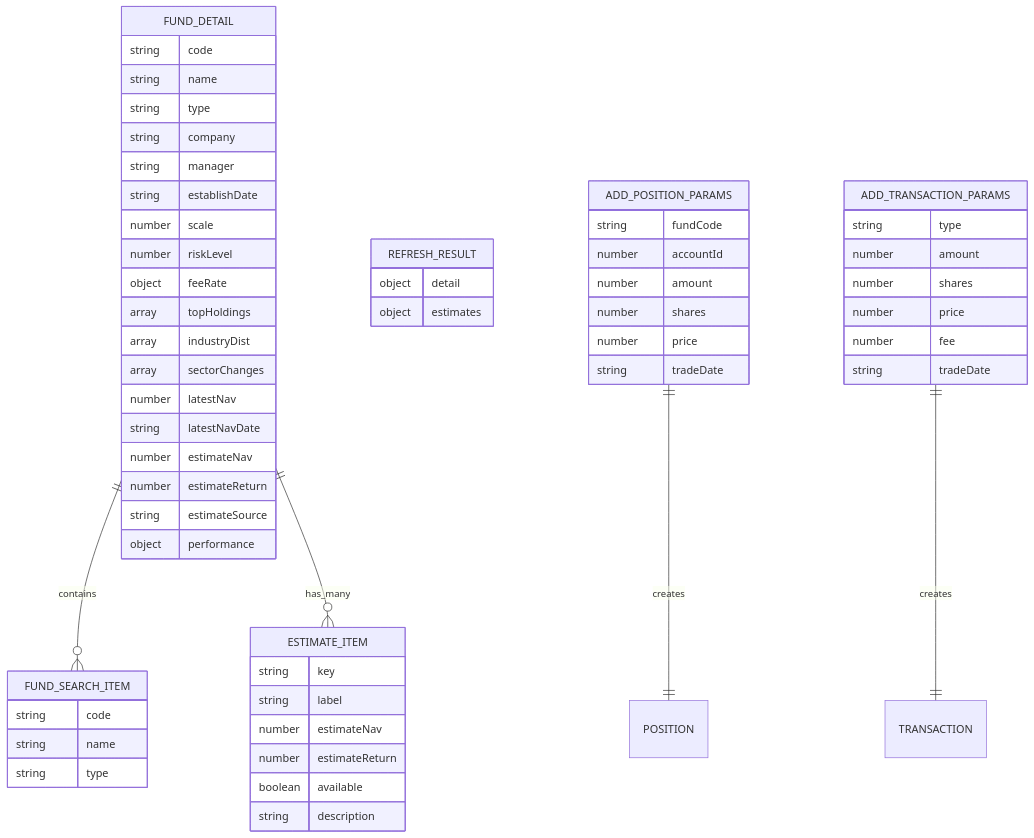
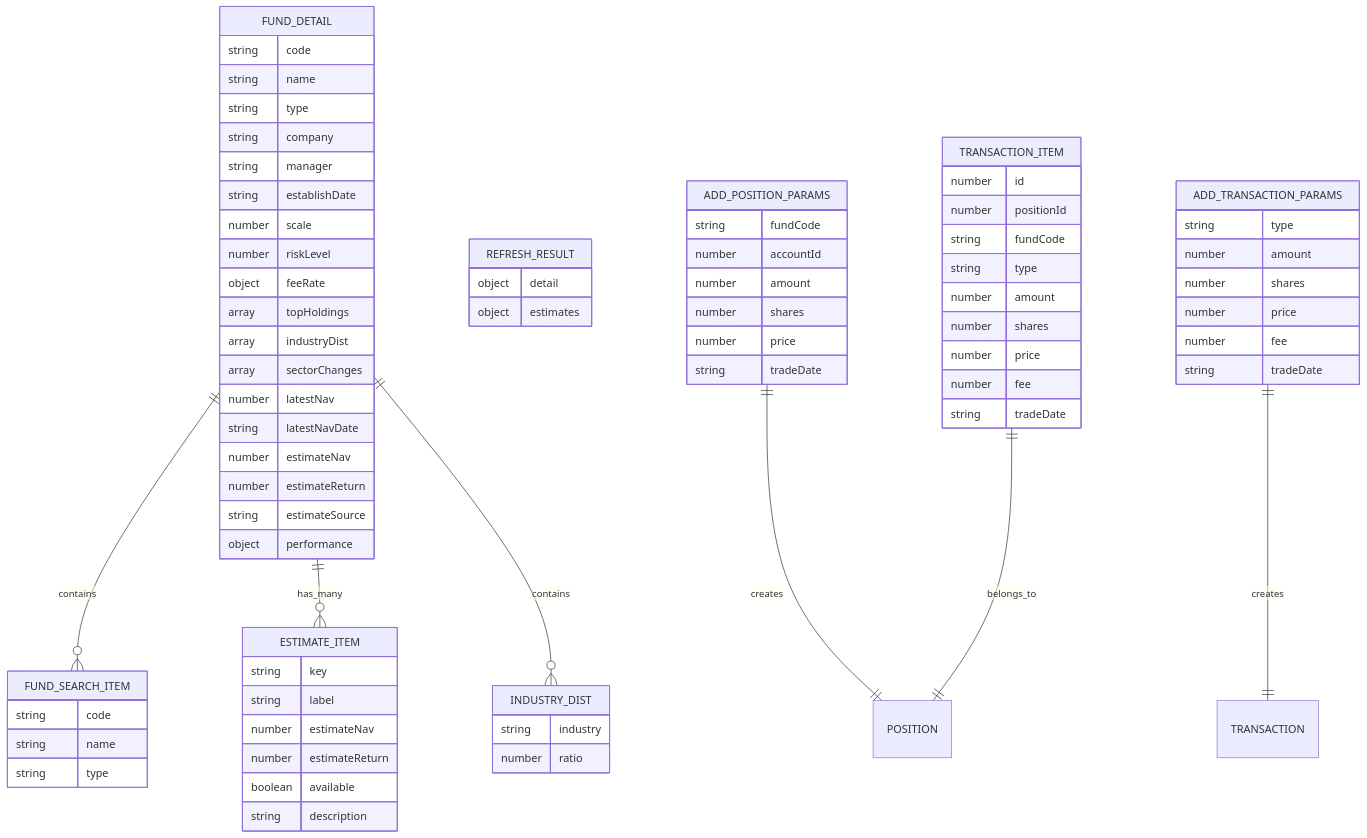
Before and after one commit to gree-coder/fund-butler: diagram 17 of 21 in .qoder/repowiki/zh/content/核心功能开发/前端投资组合管理增强.md, drawn with Mermaid. The commit also changed other lines of this file and 15 other files, not shown here.

````diff
--- a/.qoder/repowiki/zh/content/核心功能开发/前端投资组合管理增强.md
+++ b/.qoder/repowiki/zh/content/核心功能开发/前端投资组合管理增强.md
@@ -714,60 +802,77 @@
 ```mermaid
 erDiagram
 FUND_DETAIL {
 string code
 string name
 string type
 string company
 string manager
 string establishDate
 number scale
 number riskLevel
 object feeRate
 array topHoldings
 array industryDist
 array sectorChanges
 number latestNav
 string latestNavDate
 number estimateNav
 number estimateReturn
 string estimateSource
 object performance
 }
 FUND_SEARCH_ITEM {
 string code
 string name
 string type
 }
 ESTIMATE_ITEM {
 string key
 string label
 number estimateNav
 number estimateReturn
 boolean available
 string description
 }
 REFRESH_RESULT {
 object detail
 object estimates
 }
 ADD_POSITION_PARAMS {
 string fundCode
 number accountId
 number amount
 number shares
 number price
 string tradeDate
 }
 ADD_TRANSACTION_PARAMS {
 string type
 number amount
 number shares
 number price
 number fee
 string tradeDate
 }
+TRANSACTION_ITEM {
+number id
+number positionId
+string fundCode
+string type
+number amount
+number shares
+number price
+number fee
+string tradeDate
+}
+INDUSTRY_DIST {
+string industry
+number ratio
+}
 FUND_DETAIL ||--o{ FUND_SEARCH_ITEM : contains
 FUND_DETAIL ||--o{ ESTIMATE_ITEM : has_many
+FUND_DETAIL ||--o{ INDUSTRY_DIST : contains
 ADD_POSITION_PARAMS ||--|| POSITION : creates
 ADD_TRANSACTION_PARAMS ||--|| TRANSACTION : creates
+TRANSACTION_ITEM ||--|| POSITION : belongs_to
 ```
````
